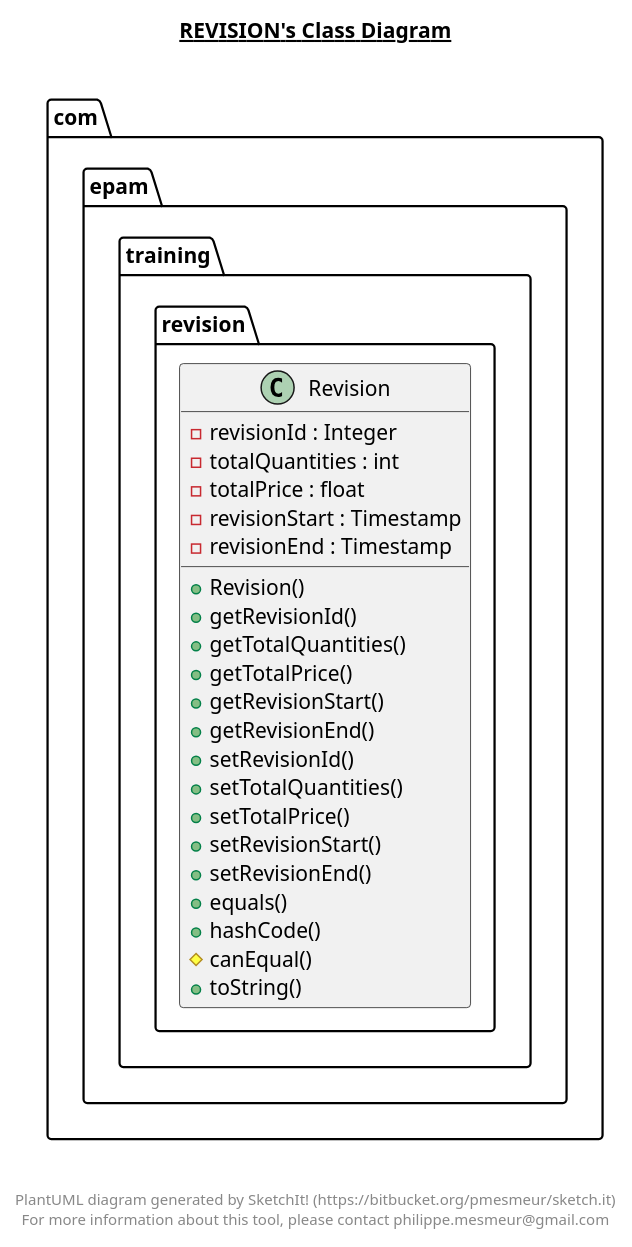
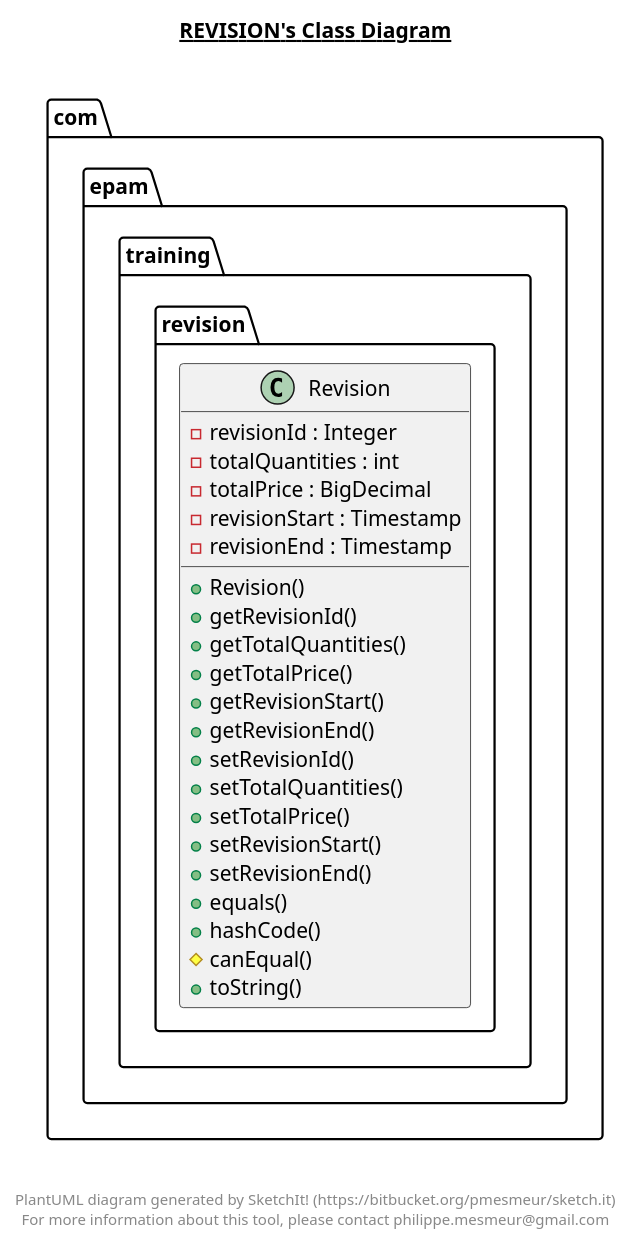
One commit to nik-nenkov/tutoring-rest-api-with-java changed the diagram in src/main/java/com/epam/training/revision/revision.plantuml. Above: the diagram before and after it, drawn with PlantUML. The commit also changed 13 other files, not shown here.

```diff
--- a/src/main/java/com/epam/training/revision/revision.plantuml
+++ b/src/main/java/com/epam/training/revision/revision.plantuml
@@ -1,40 +1,40 @@
 @startuml
 
 title __REVISION's Class Diagram__\n
 
   package com.epam.training.revision {
     class Revision {
         - revisionId : Integer
         - totalQuantities : int
-        - totalPrice : float
+        - totalPrice : BigDecimal
         - revisionStart : Timestamp
         - revisionEnd : Timestamp
         + Revision()
         + getRevisionId()
         + getTotalQuantities()
         + getTotalPrice()
         + getRevisionStart()
         + getRevisionEnd()
         + setRevisionId()
         + setTotalQuantities()
         + setTotalPrice()
         + setRevisionStart()
         + setRevisionEnd()
         + equals()
         + hashCode()
         # canEqual()
         + toString()
     }
   }
   
 
 
 
 right footer
 
 
 PlantUML diagram generated by SketchIt! (https://bitbucket.org/pmesmeur/sketch.it)
 For more information about this tool, please contact philippe.mesmeur@gmail.com
 endfooter
 
 @enduml
```
